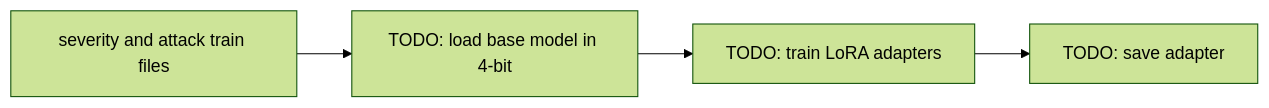
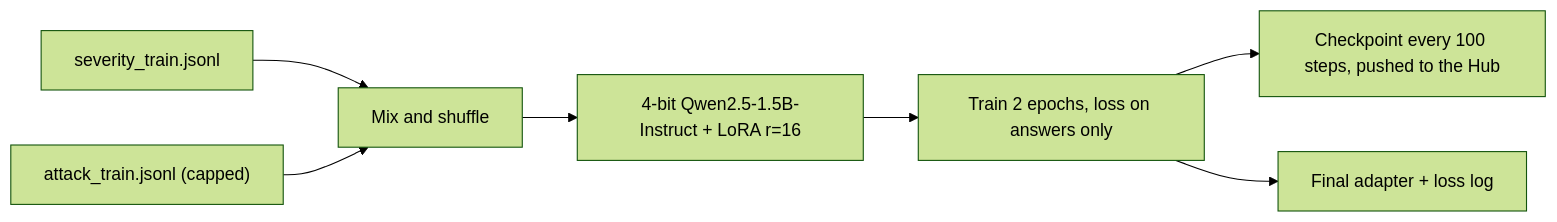
The diagram in docs/stage-06-qlora-training/README.md (preetik92002-tech/llm-finetune-cyber), drawn with Mermaid (forest theme) before and after one commit. The commit also changed other lines of this file and 33 other files, not shown here.

Commit message:
docs: add root README, journal and errors-and-fixes log add metrics ledger and stage READMEs feat(docs): generate charts from stats files

````diff
--- a/docs/stage-06-qlora-training/README.md
+++ b/docs/stage-06-qlora-training/README.md
@@ -21,6 +21,9 @@
 ```mermaid
 flowchart LR
-    A["severity and attack train files"] --> B["TODO: load base model in 4-bit"]
-    B --> C["TODO: train LoRA adapters"]
-    C --> D["TODO: save adapter"]
+    A["severity_train.jsonl"] --> D["Mix and shuffle"]
+    B["attack_train.jsonl (capped)"] --> D
+    D --> E["4-bit Qwen2.5-1.5B-Instruct + LoRA r=16"]
+    E --> F["Train 2 epochs, loss on answers only"]
+    F --> G["Checkpoint every 100 steps, pushed to the Hub"]
+    F --> H["Final adapter + loss log"]
 ```
````
